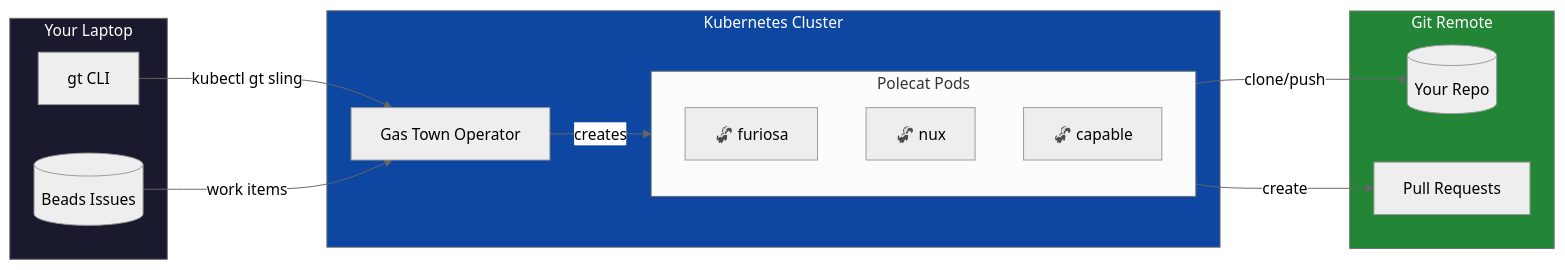
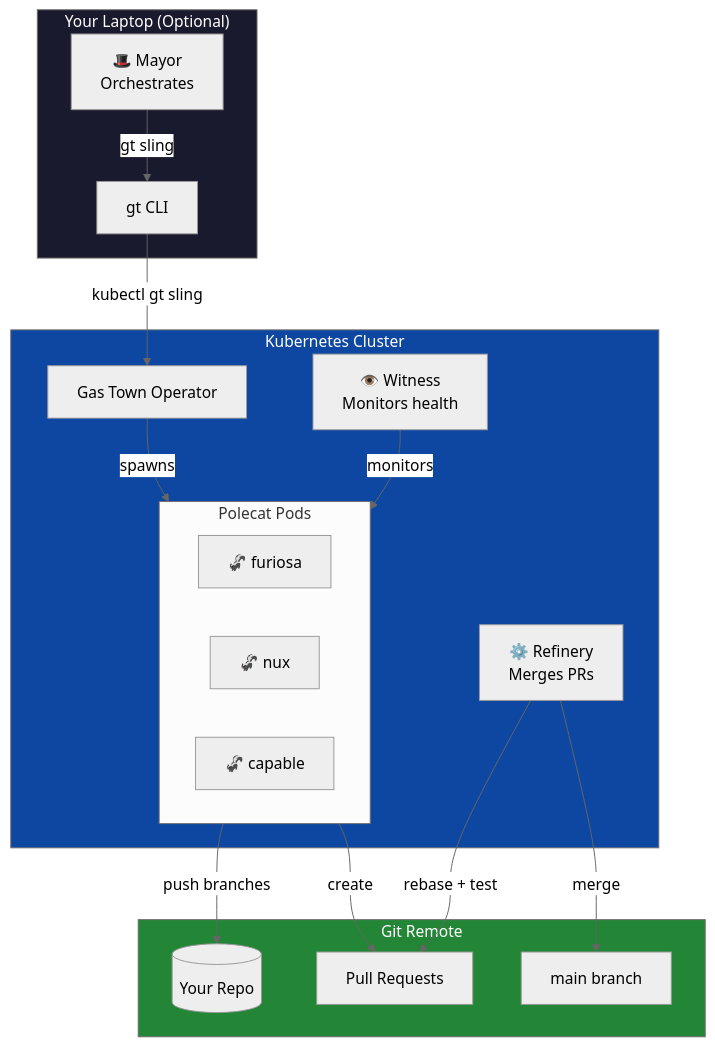
Before and after one commit to boshu2/gastown-operator: the diagram in README.md, drawn with Mermaid (neutral theme). The commit also changed other lines of this file, not shown here.

Commit message:
docs: update mermaid diagram to show full Gas Town functionality
Show that all Gas Town components work with the operator:
- Mayor orchestrates from laptop (optional - can close it)
- Witness monitors polecat health
- Refinery merges PRs after rebase + test

Key message: Same workflow, just more compute.

````diff
--- a/README.md
+++ b/README.md
@@ -38,31 +38,37 @@
 ```mermaid
-flowchart LR
-    subgraph Local["Your Laptop"]
+flowchart TB
+    subgraph Local["Your Laptop (Optional)"]
+        Mayor["🎩 Mayor<br/>Orchestrates"]
         GT[gt CLI]
-        Issues[(Beads Issues)]
     end
 
     subgraph K8s["Kubernetes Cluster"]
         OP[Gas Town Operator]
+        Witness["👁️ Witness<br/>Monitors health"]
+        Refinery["⚙️ Refinery<br/>Merges PRs"]
         subgraph Polecats["Polecat Pods"]
             P1[🦨 furiosa]
             P2[🦨 nux]
             P3[🦨 capable]
         end
     end
 
     subgraph Git["Git Remote"]
         Repo[(Your Repo)]
         PRs[Pull Requests]
+        Main[main branch]
     end
 
+    Mayor -->|"gt sling"| GT
     GT -->|"kubectl gt sling"| OP
-    Issues -->|work items| OP
-    OP -->|creates| Polecats
-    Polecats -->|clone/push| Repo
+    OP -->|spawns| Polecats
+    Witness -->|monitors| Polecats
+    Polecats -->|push branches| Repo
     Polecats -->|create| PRs
+    Refinery -->|rebase + test| PRs
+    Refinery -->|merge| Main
 
     style Local fill:#1a1a2e,color:#fff
     style K8s fill:#0d47a1,color:#fff
     style Git fill:#238636,color:#fff
 ```
````
